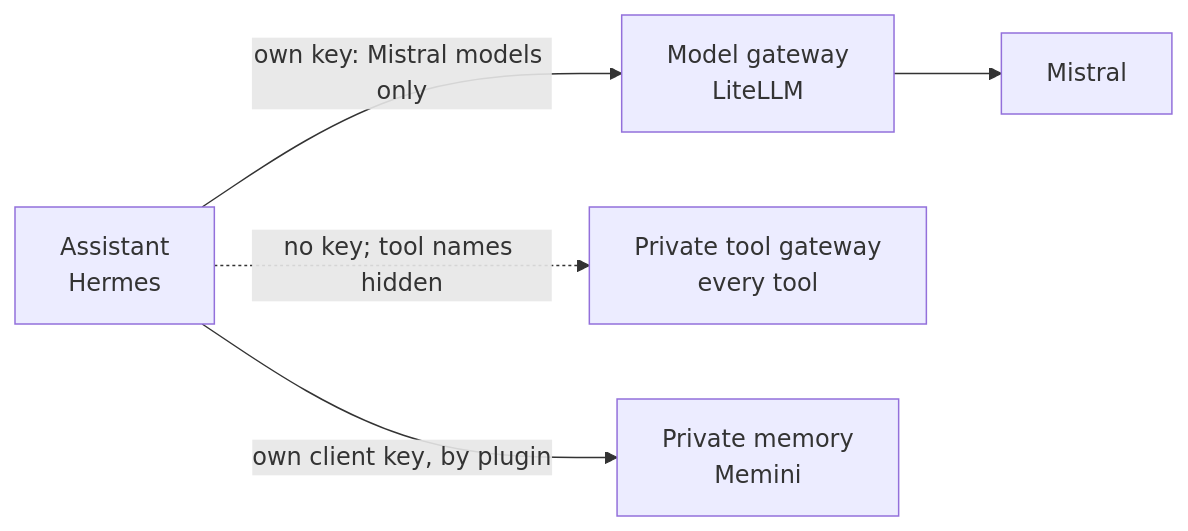
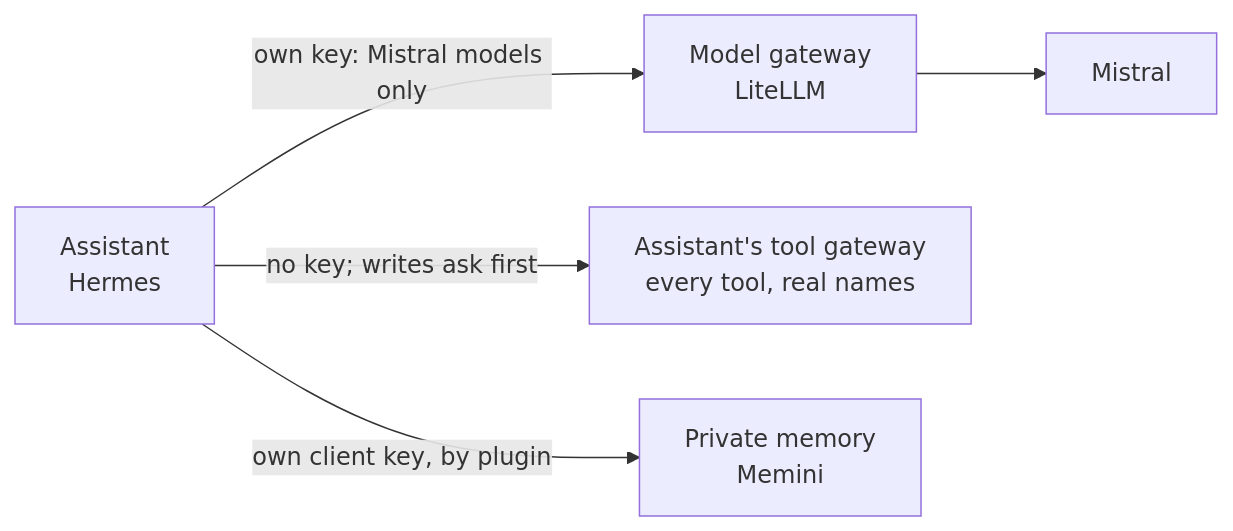
Before and after one commit to h-wb/home-ops: the first of 6 diagrams in kubernetes/apps/main/llm/docs/wiring.md, drawn with Mermaid. The commit also changed other lines of this file and 10 other files, not shown here.

First line of the commit message:
feat(toolhive): a gateway for the assistant with real tool names

````diff
--- a/kubernetes/apps/main/llm/docs/wiring.md
+++ b/kubernetes/apps/main/llm/docs/wiring.md
@@ -43,12 +43,12 @@
 ```mermaid
 flowchart LR
     A["Assistant<br/>Hermes"]:::private
     L["Model gateway<br/>LiteLLM"]:::shared
     MI["Mistral"]:::outside
-    T["Private tool gateway<br/>every tool"]:::private
+    T["Assistant's tool gateway<br/>every tool, real names"]:::private
     M["Private memory<br/>Memini"]:::private
     A -->|"own key: Mistral models only"| L
     L --> MI
-    A -.->|"no key; tool names hidden"| T
+    A -->|"no key; writes ask first"| T
     A -->|"own client key, by plugin"| M
 ```
````
